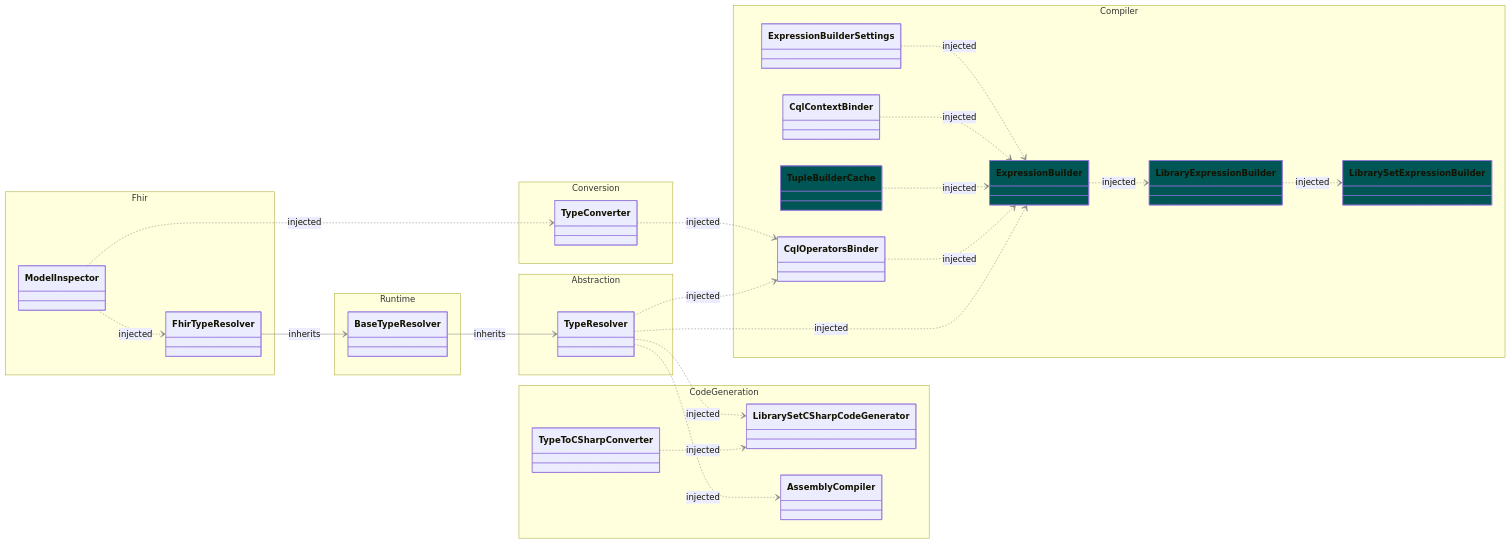
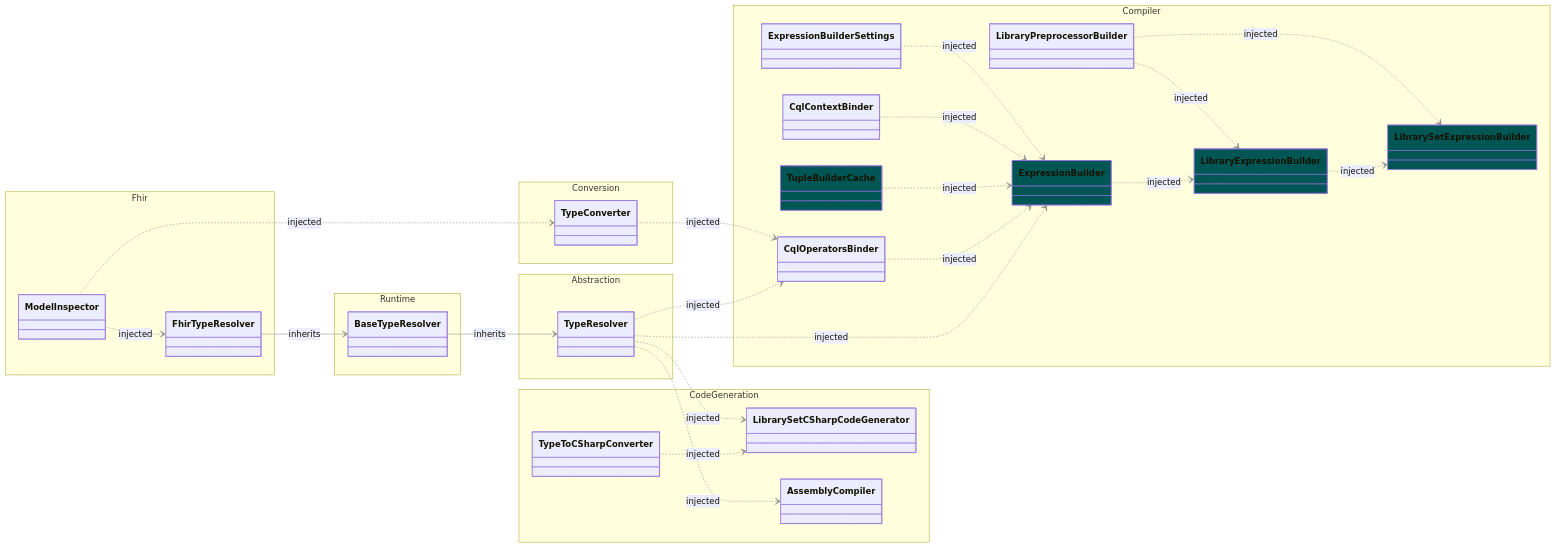
Before and after one commit to FirelyTeam/firely-cql-sdk: the first of 3 diagrams in docs/dependency-diagrams.md, drawn with Mermaid. The commit also changed 7 other files, not shown here.

````diff
--- a/docs/dependency-diagrams.md
+++ b/docs/dependency-diagrams.md
@@ -16,75 +16,78 @@
 ```mermaid
 %%{init: {
     'themeVariables':{  
       'lineColor': '#888',
       'lineWidth': 4
 }}}%%
 
 classDiagram
 
     direction LR
 
     namespace Compiler {
         class LibrarySetExpressionBuilder { }    
         class LibraryExpressionBuilder { }    
         class ExpressionBuilder { }    
         class ExpressionBuilderSettings { }    
         class TupleBuilderCache { }
         class CqlContextBinder { }
         class CqlOperatorsBinder { }       
+        class LibraryPreprocessorBuilder { }
     }
 
     namespace CodeGeneration {
         class TypeToCSharpConverter { }
         class LibrarySetCSharpCodeGenerator { }
         class AssemblyCompiler { }
     }
 
     namespace Abstraction {
         class TypeResolver { }
     }
 
     namespace Runtime {
         class BaseTypeResolver { }
     }
 
     namespace Fhir {
         class FhirTypeResolver { }
         class ModelInspector { }
     }
 
     namespace Conversion {
         class TypeConverter { }
     }
 
     %% Style Scoped Types as Cyan
     style LibrarySetExpressionBuilder fill:#055
     style LibraryExpressionBuilder fill:#055
     style ExpressionBuilder fill:#055
     style TupleBuilderCache fill:#055
     
     %% Inheritance  
     BaseTypeResolver --> TypeResolver : inherits
     FhirTypeResolver --> BaseTypeResolver : inherits
     
     %% Dependencies                                                 
     LibraryExpressionBuilder ..> LibrarySetExpressionBuilder : injected
+    LibraryPreprocessorBuilder ..> LibrarySetExpressionBuilder : injected
     ExpressionBuilder ..> LibraryExpressionBuilder : injected
+    LibraryPreprocessorBuilder ..> LibraryExpressionBuilder : injected
 
     TypeResolver ..> ExpressionBuilder : injected
     CqlOperatorsBinder ..> ExpressionBuilder : injected
     TupleBuilderCache ..> ExpressionBuilder : injected
     CqlContextBinder ..> ExpressionBuilder : injected
     ExpressionBuilderSettings ..> ExpressionBuilder : injected
 
     TypeResolver ..> CqlOperatorsBinder : injected
     TypeConverter ..> CqlOperatorsBinder : injected
 
     ModelInspector ..> TypeConverter : injected  
     ModelInspector ..> FhirTypeResolver : injected  
 
     TypeToCSharpConverter ..> LibrarySetCSharpCodeGenerator : injected
     TypeResolver ..> LibrarySetCSharpCodeGenerator : injected
 
     TypeResolver ..> AssemblyCompiler : injected
 ```
````
